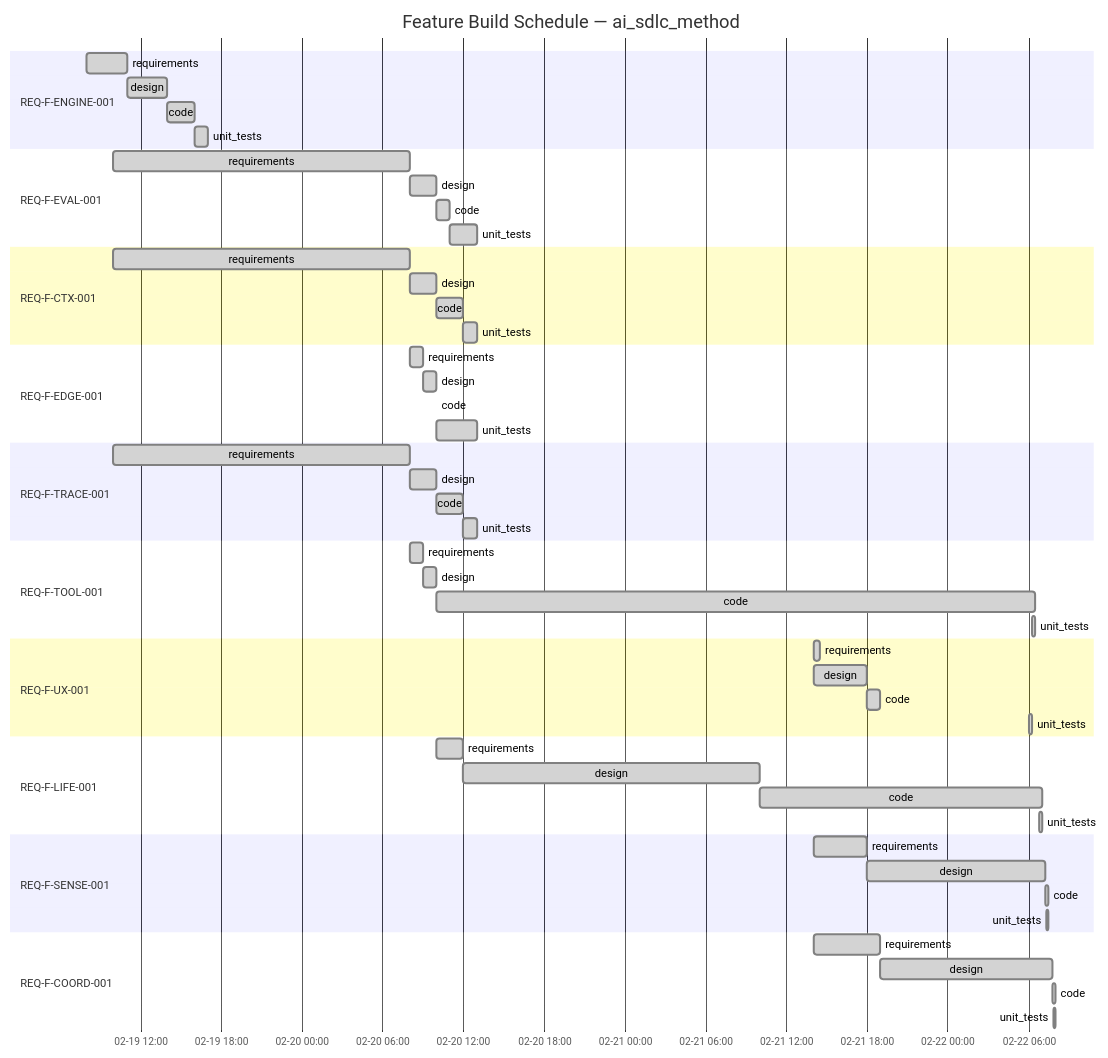
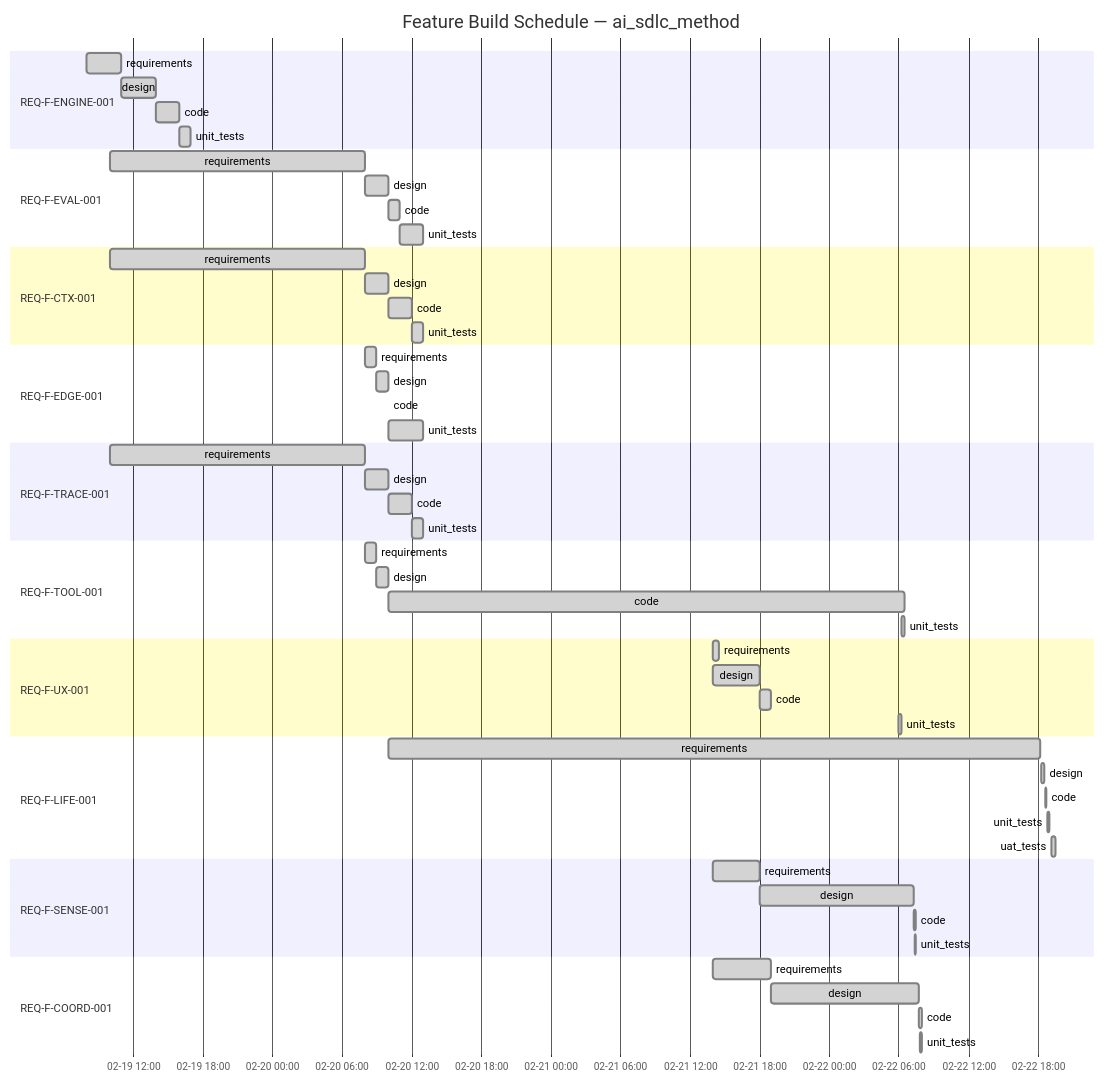
Before and after one commit to foolishimp/ai_sdlc_method: the diagram in .ai-workspace/STATUS.md, drawn with Mermaid. The commit also changed other lines of this file and 35 other files, not shown here.

````diff
--- a/.ai-workspace/STATUS.md
+++ b/.ai-workspace/STATUS.md
@@ -12,66 +12,67 @@
 ```mermaid
 gantt
     title Feature Build Schedule — ai_sdlc_method
     dateFormat YYYY-MM-DD HH:mm
     axisFormat %m-%d %H:%M
 
     section REQ-F-ENGINE-001
     requirements     :done, eng-req, 2026-02-19 08:00, 2026-02-19 11:00
     design           :done, eng-des, 2026-02-19 11:00, 2026-02-19 14:00
     code             :done, eng-cod, 2026-02-19 14:00, 2026-02-19 16:00
     unit_tests       :done, eng-tst, 2026-02-19 16:00, 2026-02-19 17:00
 
     section REQ-F-EVAL-001
     requirements     :done, eval-req, 2026-02-19 10:00, 2026-02-20 08:00
     design           :done, eval-des, 2026-02-20 08:00, 2026-02-20 10:00
     code             :done, eval-cod, 2026-02-20 10:00, 2026-02-20 11:00
     unit_tests       :done, eval-tst, 2026-02-20 11:00, 2026-02-20 13:00
 
     section REQ-F-CTX-001
     requirements     :done, ctx-req, 2026-02-19 10:00, 2026-02-20 08:00
     design           :done, ctx-des, 2026-02-20 08:00, 2026-02-20 10:00
     code             :done, ctx-cod, 2026-02-20 10:00, 2026-02-20 12:00
     unit_tests       :done, ctx-tst, 2026-02-20 12:00, 2026-02-20 13:00
 
     section REQ-F-EDGE-001
     requirements     :done, edge-req, 2026-02-20 08:00, 2026-02-20 09:00
     design           :done, edge-des, 2026-02-20 09:00, 2026-02-20 10:00
     code             :done, edge-cod, 2026-02-20 10:00, 2026-02-20 10:00
     unit_tests       :done, edge-tst, 2026-02-20 10:00, 2026-02-20 13:00
 
     section REQ-F-TRACE-001
     requirements     :done, trc-req, 2026-02-19 10:00, 2026-02-20 08:00
     design           :done, trc-des, 2026-02-20 08:00, 2026-02-20 10:00
     code             :done, trc-cod, 2026-02-20 10:00, 2026-02-20 12:00
     unit_tests       :done, trc-tst, 2026-02-20 12:00, 2026-02-20 13:00
 
     section REQ-F-TOOL-001
     requirements     :done, tool-req, 2026-02-20 08:00, 2026-02-20 09:00
     design           :done, tool-des, 2026-02-20 09:00, 2026-02-20 10:00
     code             :done, tool-cod, 2026-02-20 10:00, 2026-02-22 06:30
     unit_tests       :done, tool-tst, 2026-02-22 06:15, 2026-02-22 06:30
 
     section REQ-F-UX-001
     requirements     :done, ux-req, 2026-02-21 14:00, 2026-02-21 14:30
     design           :done, ux-des, 2026-02-21 14:00, 2026-02-21 18:00
     code             :done, ux-cod, 2026-02-21 18:00, 2026-02-21 19:00
     unit_tests       :done, ux-tst, 2026-02-22 06:00, 2026-02-22 06:15
 
     section REQ-F-LIFE-001
-    requirements     :done, life-req, 2026-02-20 10:00, 2026-02-20 12:00
-    design           :done, life-des, 2026-02-20 12:00, 2026-02-21 10:00
-    code             :done, life-cod, 2026-02-21 10:00, 2026-02-22 07:00
-    unit_tests       :done, life-tst, 2026-02-22 06:45, 2026-02-22 07:00
+    requirements     :done, life-req, 2026-02-20 10:00, 2026-02-22 18:10
+    design           :done, life-des, 2026-02-22 18:15, 2026-02-22 18:30
+    code             :done, life-cod, 2026-02-22 18:35, 2026-02-22 18:45
+    unit_tests       :done, life-tst, 2026-02-22 18:50, 2026-02-22 19:00
+    uat_tests        :done, life-uat, 2026-02-22 19:10, 2026-02-22 19:30
 
     section REQ-F-SENSE-001
     requirements     :done, sense-req, 2026-02-21 14:00, 2026-02-21 18:00
     design           :done, sense-des, 2026-02-21 18:00, 2026-02-22 07:15
     code             :done, sense-cod, 2026-02-22 07:15, 2026-02-22 07:30
     unit_tests       :done, sense-tst, 2026-02-22 07:20, 2026-02-22 07:30
 
     section REQ-F-COORD-001
     requirements     :done, coord-req, 2026-02-21 14:00, 2026-02-21 19:00
     design           :done, coord-des, 2026-02-21 19:00, 2026-02-22 07:45
     code             :done, coord-cod, 2026-02-22 07:45, 2026-02-22 08:00
     unit_tests       :done, coord-tst, 2026-02-22 07:50, 2026-02-22 08:00
 ```
````
